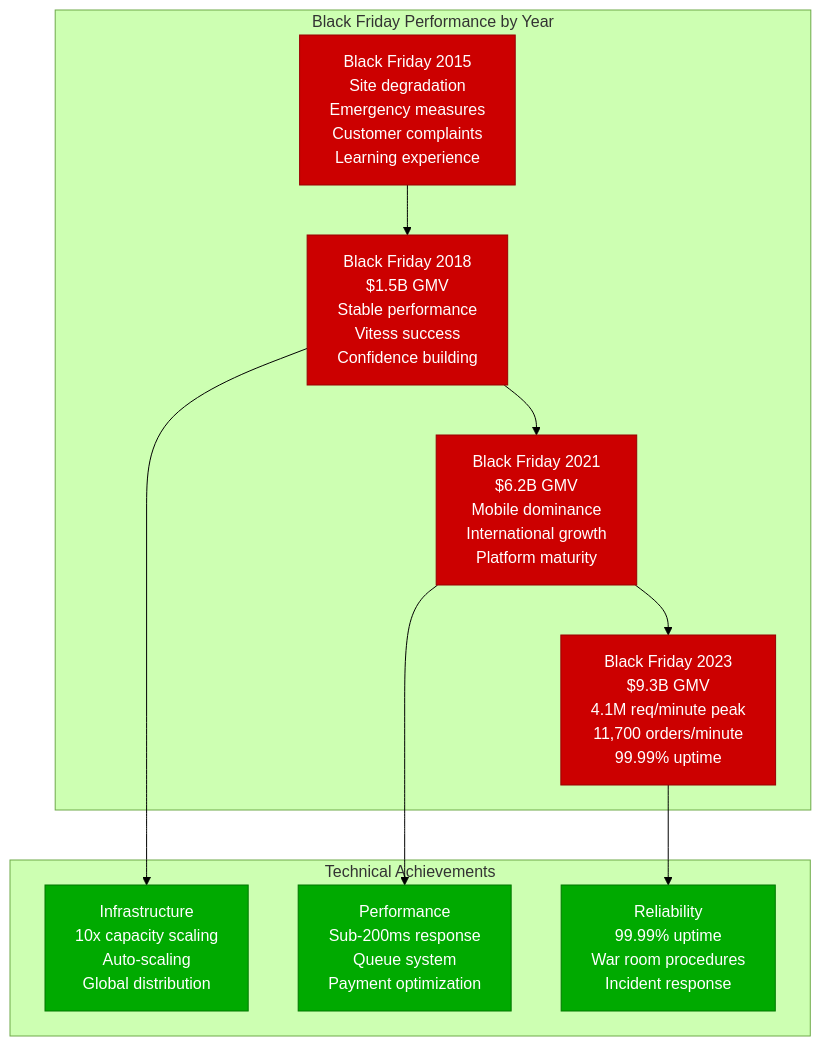
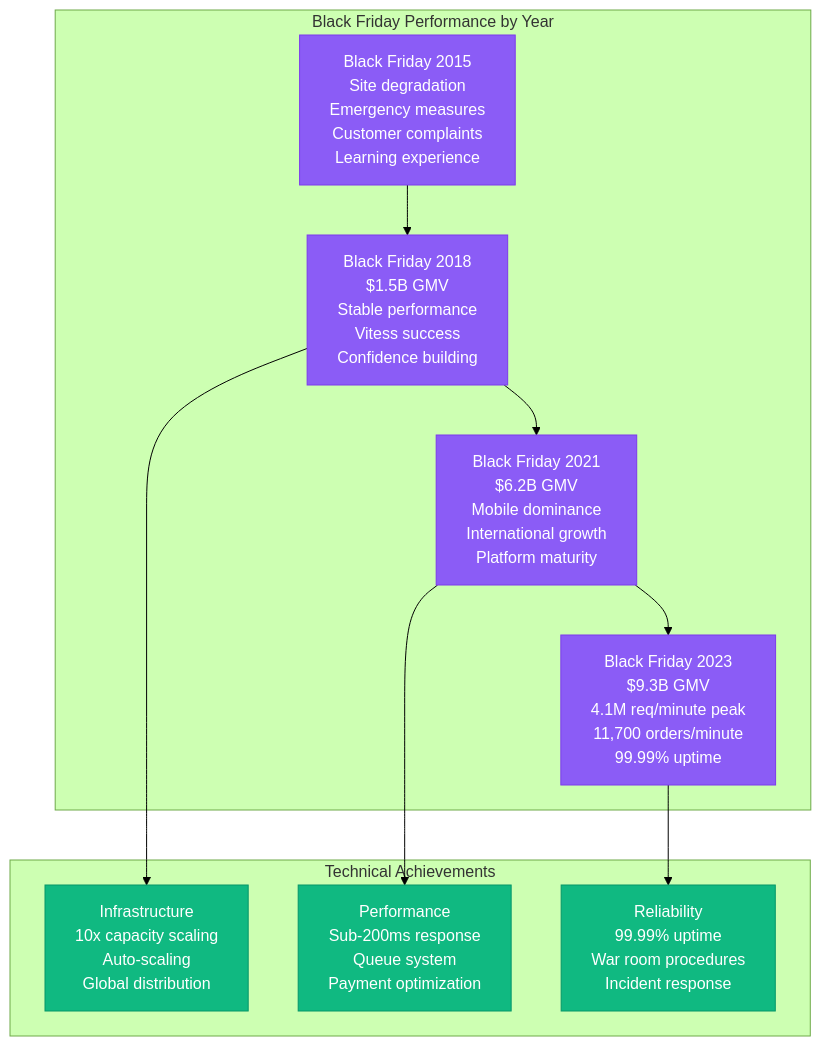
One commit to deepaucksharma/DS changed the ninth of 10 diagrams in site/docs/systems/shopify/scale-evolution.md. Above: the diagram before and after it, drawn with Mermaid (forest theme). The commit also changed other lines of this file and 303 other files, not shown here.

````diff
--- a/site/docs/systems/shopify/scale-evolution.md
+++ b/site/docs/systems/shopify/scale-evolution.md
@@ -425,36 +425,36 @@
 ```mermaid
 graph TB
     subgraph "Black Friday Performance by Year"
         BF_2015[Black Friday 2015<br/>Site degradation<br/>Emergency measures<br/>Customer complaints<br/>Learning experience]
 
         BF_2018[Black Friday 2018<br/>$1.5B GMV<br/>Stable performance<br/>Vitess success<br/>Confidence building]
 
         BF_2021[Black Friday 2021<br/>$6.2B GMV<br/>Mobile dominance<br/>International growth<br/>Platform maturity]
 
         BF_2023[Black Friday 2023<br/>$9.3B GMV<br/>4.1M req/minute peak<br/>11,700 orders/minute<br/>99.99% uptime]
 
         %% Performance progression
         BF_2015 --> BF_2018
         BF_2018 --> BF_2021
         BF_2021 --> BF_2023
     end
 
     subgraph "Technical Achievements"
         INFRASTRUCTURE[Infrastructure<br/>10x capacity scaling<br/>Auto-scaling<br/>Global distribution]
 
         PERFORMANCE[Performance<br/>Sub-200ms response<br/>Queue system<br/>Payment optimization]
 
         RELIABILITY[Reliability<br/>99.99% uptime<br/>War room procedures<br/>Incident response]
     end
 
     BF_2018 --> INFRASTRUCTURE
     BF_2021 --> PERFORMANCE
     BF_2023 --> RELIABILITY
 
     %% Apply Black Friday colors
-    classDef bfStyle fill:#CC0000,stroke:#990000,color:#fff
-    classDef achievementStyle fill:#00AA00,stroke:#007700,color:#fff
+    classDef bfStyle fill:#8B5CF6,stroke:#7C3AED,color:#fff
+    classDef achievementStyle fill:#10B981,stroke:#059669,color:#fff
 
     class BF_2015,BF_2018,BF_2021,BF_2023 bfStyle
     class INFRASTRUCTURE,PERFORMANCE,RELIABILITY achievementStyle
 ```
````
